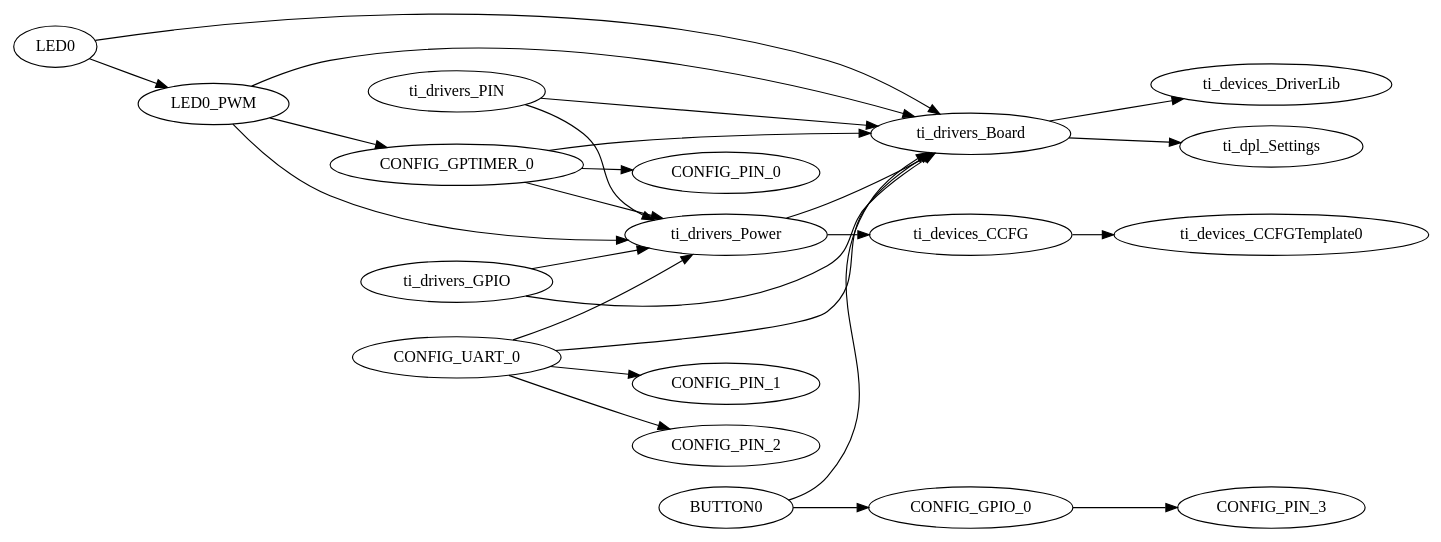
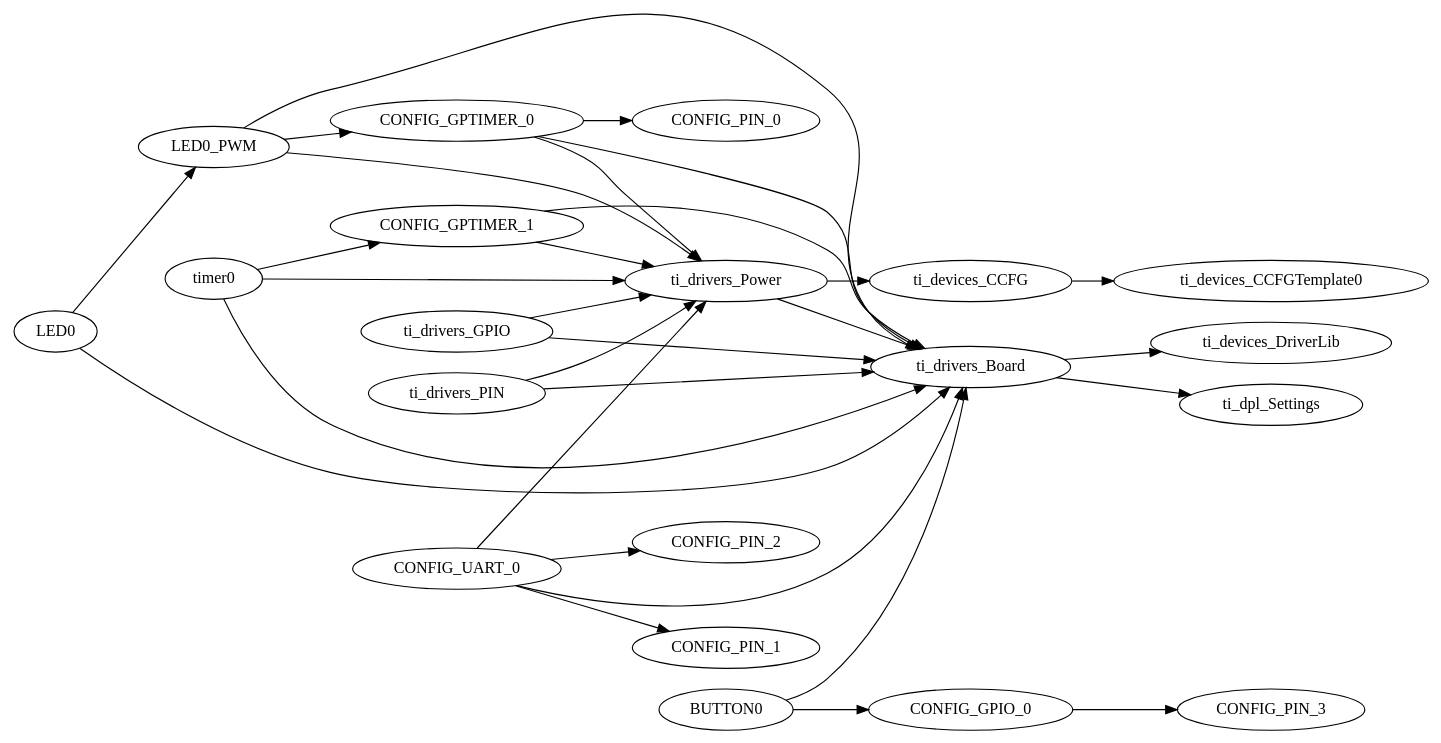
One commit to AgnivoKeus/TiRTOS_training changed the diagram in hello_CC26X2R1_LAUNCHXL_tirtos_ccs/Debug/syscfg/ti_utils_runtime_model.gv. Above: the diagram before and after it, drawn with Graphviz. The commit also changed 48 other files, not shown here.

```diff
--- a/hello_CC26X2R1_LAUNCHXL_tirtos_ccs/Debug/syscfg/ti_utils_runtime_model.gv
+++ b/hello_CC26X2R1_LAUNCHXL_tirtos_ccs/Debug/syscfg/ti_utils_runtime_model.gv
@@ -1,56 +1,63 @@
 digraph Model
 {
     graph[rankdir=LR]
 
     // mod.$name=/ti/devices/CCFG
     ti_devices_CCFG -> ti_devices_CCFGTemplate0
 
     // mod.$name=/ti/devices/CCFGTemplate
 
     // mod.$name=/ti/devices/DriverLib
 
     // mod.$name=/ti/dpl/Settings
 
     // mod.$name=/ti/drivers/Board
     ti_drivers_Board -> ti_devices_DriverLib
     ti_drivers_Board -> ti_dpl_Settings
 
     // mod.$name=/ti/drivers/GPIO
     ti_drivers_GPIO -> ti_drivers_Power
     ti_drivers_GPIO -> ti_drivers_Board
     CONFIG_GPIO_0 -> CONFIG_PIN_3
 
     // mod.$name=/ti/drivers/PIN
     ti_drivers_PIN -> ti_drivers_Power
     ti_drivers_PIN -> ti_drivers_Board
 
     // mod.$name=/ti/drivers/PWM
     LED0_PWM -> ti_drivers_Power
     LED0_PWM -> ti_drivers_Board
     LED0_PWM -> CONFIG_GPTIMER_0
 
     // mod.$name=/ti/drivers/Power
     ti_drivers_Power -> ti_devices_CCFG
     ti_drivers_Power -> ti_drivers_Board
 
     // mod.$name=/ti/drivers/RTOS
 
+    // mod.$name=/ti/drivers/Timer
+    timer0 -> ti_drivers_Power
+    timer0 -> ti_drivers_Board
+    timer0 -> CONFIG_GPTIMER_1
+
     // mod.$name=/ti/drivers/UART
     CONFIG_UART_0 -> ti_drivers_Power
     CONFIG_UART_0 -> ti_drivers_Board
     CONFIG_UART_0 -> CONFIG_PIN_1
     CONFIG_UART_0 -> CONFIG_PIN_2
 
     // mod.$name=/ti/drivers/apps/Button
     BUTTON0 -> ti_drivers_Board
     BUTTON0 -> CONFIG_GPIO_0
 
     // mod.$name=/ti/drivers/apps/LED
     LED0 -> ti_drivers_Board
     LED0 -> LED0_PWM
 
     // mod.$name=/ti/drivers/timer/GPTimerCC26XX
+    CONFIG_GPTIMER_1 -> ti_drivers_Power
+    CONFIG_GPTIMER_1 -> ti_drivers_Board
     CONFIG_GPTIMER_0 -> ti_drivers_Power
     CONFIG_GPTIMER_0 -> ti_drivers_Board
     CONFIG_GPTIMER_0 -> CONFIG_PIN_0
 }
```
